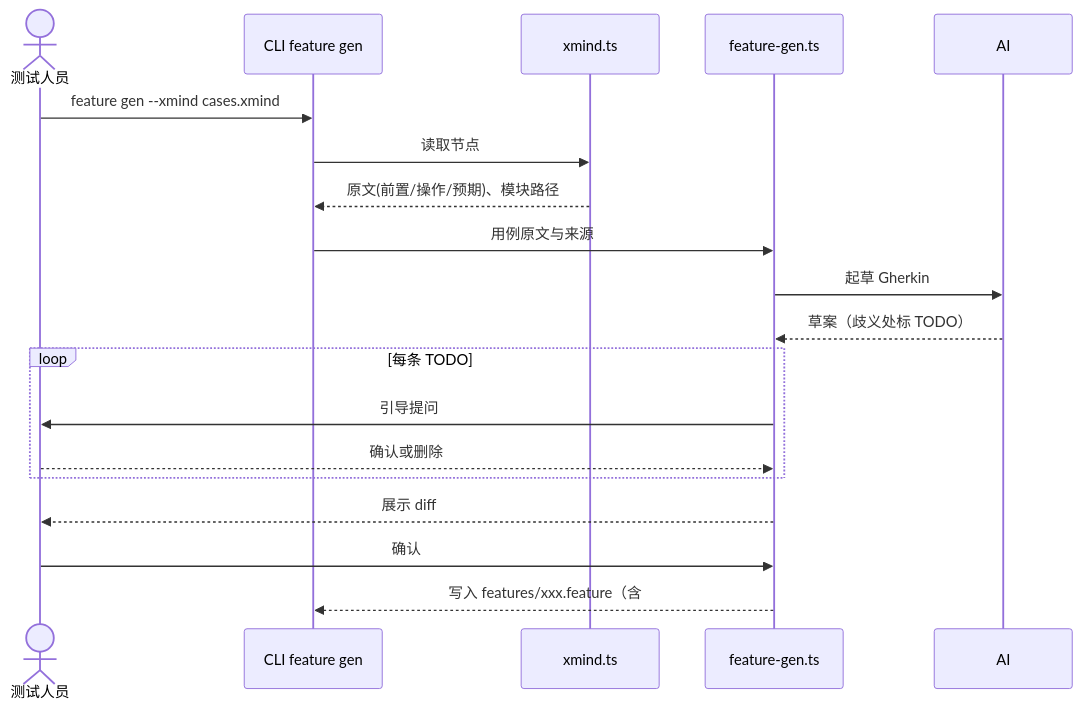
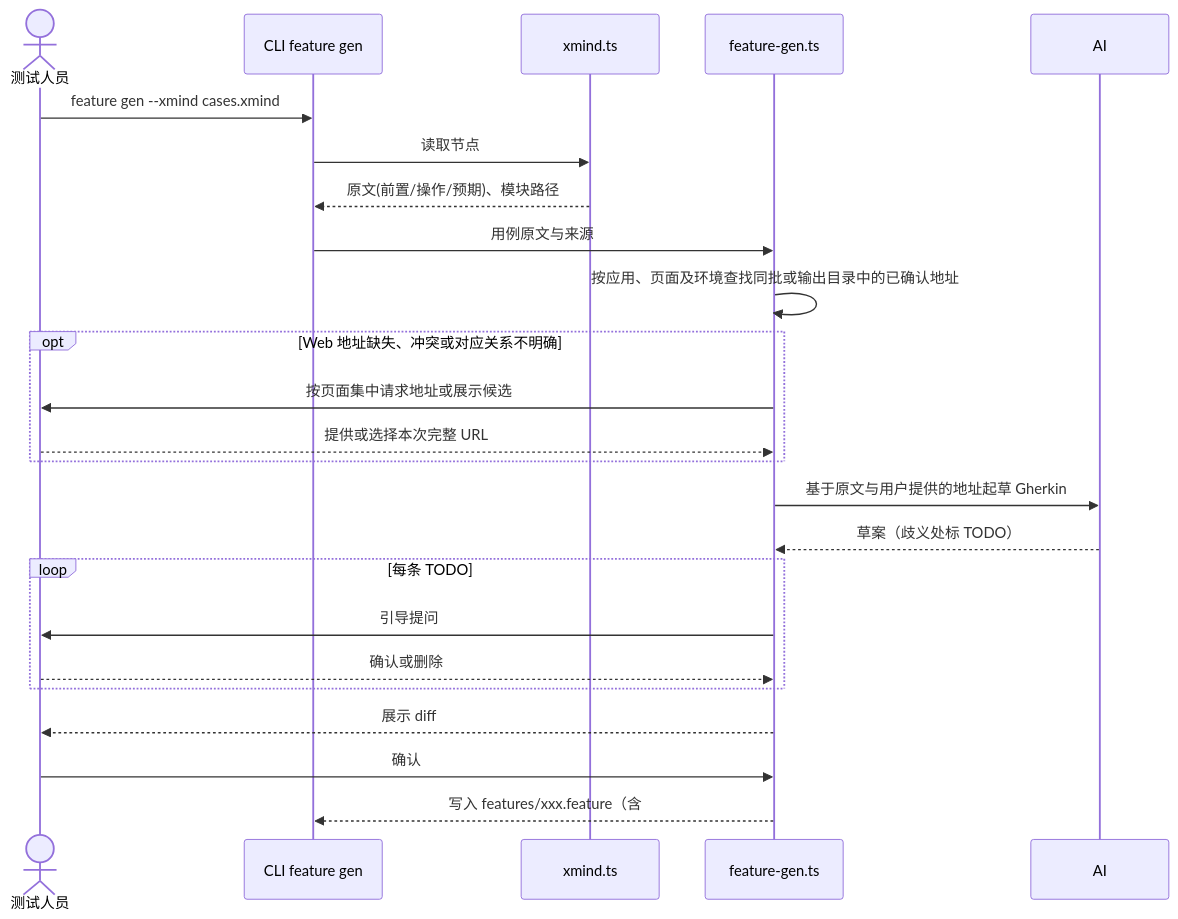
One commit to Mone-Lee/browser-automated changed the second of 4 diagrams in docs/browser-test-technical-plan.md. Above: the diagram before and after it, drawn with Mermaid. The commit also changed other lines of this file and 2 other files, not shown here.

````diff
--- a/docs/browser-test-technical-plan.md
+++ b/docs/browser-test-technical-plan.md
@@ -109,22 +109,27 @@
 ```mermaid
 sequenceDiagram
     actor U as 测试人员
     participant C as CLI feature gen
     participant X as xmind.ts
     participant G as feature-gen.ts
     participant AI as AI
 
     U->>C: feature gen --xmind cases.xmind
     C->>X: 读取节点
     X-->>C: 原文(前置/操作/预期)、模块路径
     C->>G: 用例原文与来源
-    G->>AI: 起草 Gherkin
+    G->>G: 按应用、页面及环境查找同批或输出目录中的已确认地址
+    opt Web 地址缺失、冲突或对应关系不明确
+        G->>U: 按页面集中请求地址或展示候选
+        U-->>G: 提供或选择本次完整 URL
+    end
+    G->>AI: 基于原文与用户提供的地址起草 Gherkin
     AI-->>G: 草案（歧义处标 TODO）
     loop 每条 TODO
         G->>U: 引导提问
         U-->>G: 确认或删除
     end
     G-->>U: 展示 diff
     U->>G: 确认
     G-->>C: 写入 features/xxx.feature（含 # source）
 ```
````
